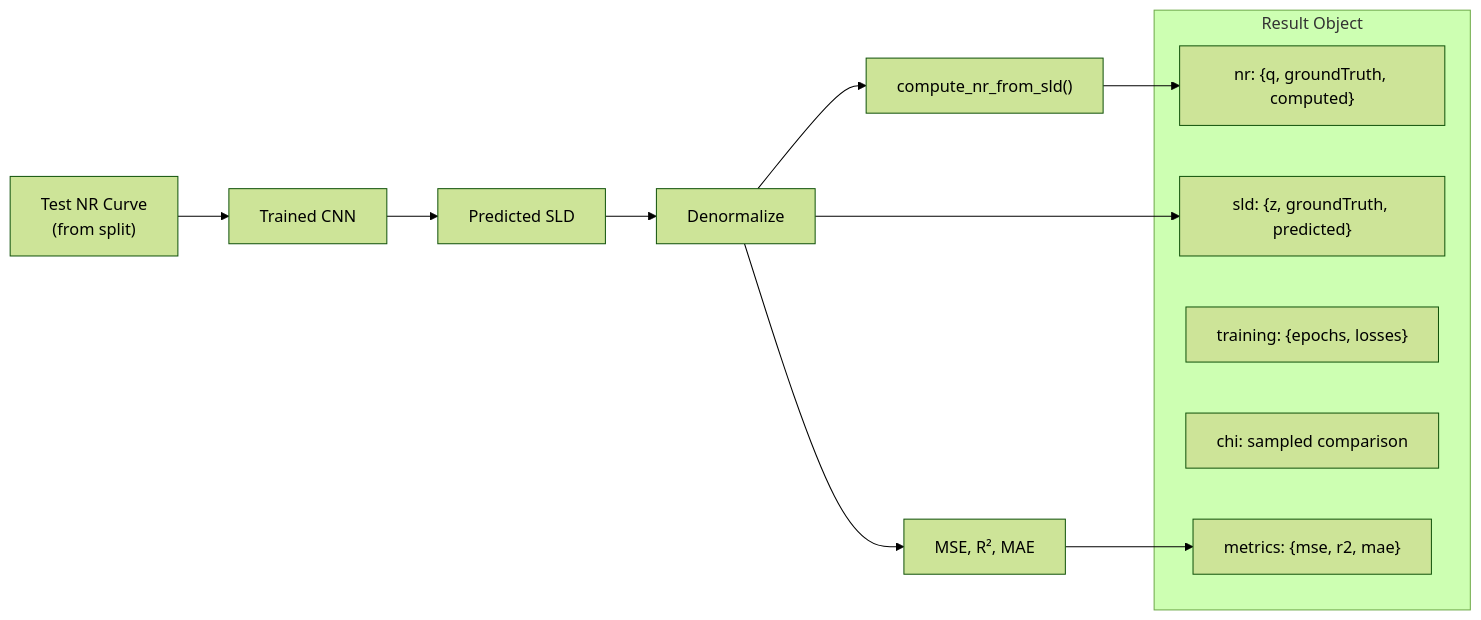
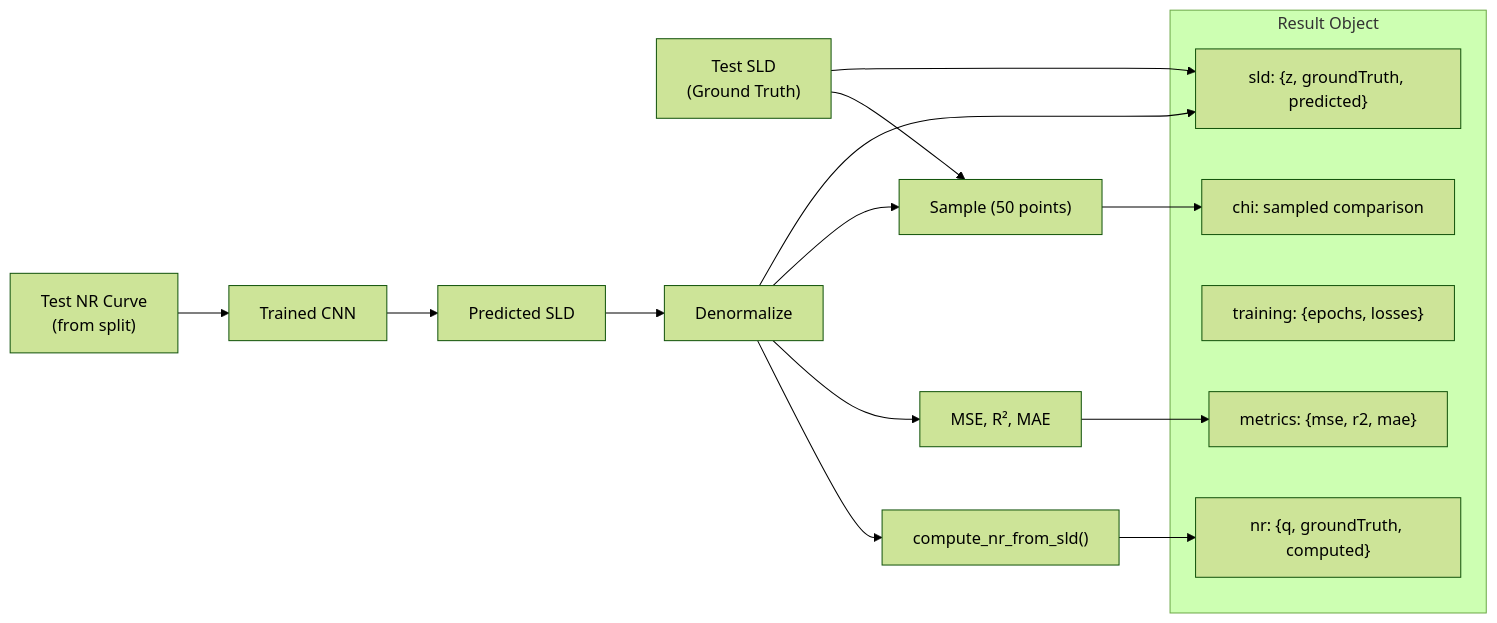
One commit to Northeastern-Research-ORNL-1/pyreflect-interface changed the fifth of 5 diagrams in docs/FLOW.md. Above: the diagram before and after it, drawn with Mermaid (forest theme). The commit also changed other lines of this file and 8 other files, not shown here.

````diff
--- a/docs/FLOW.md
+++ b/docs/FLOW.md
@@ -201,24 +201,31 @@
 ```mermaid
 flowchart LR
     TestNR["Test NR Curve<br/>(from split)"]
+    TestSLD["Test SLD<br/>(Ground Truth)"]
     Model["Trained CNN"]
     PredSLD["Predicted SLD"]
     Denorm["Denormalize"]
     CompNR["compute_nr_from_sld()"]
+    Sample["Sample (50 points)"]
 
     TestNR --> Model --> PredSLD --> Denorm
     Denorm --> CompNR
     Denorm --> Metrics["MSE, R², MAE"]
+
+    Denorm --> Sample
+    TestSLD --> Sample
 
     subgraph Result["Result Object"]
         NRData["nr: {q, groundTruth, computed}"]
         SLDData["sld: {z, groundTruth, predicted}"]
         TrainData["training: {epochs, losses}"]
         Chi["chi: sampled comparison"]
         Met["metrics: {mse, r2, mae}"]
     end
 
     CompNR --> NRData
     Denorm --> SLDData
+    TestSLD --> SLDData
     Metrics --> Met
+    Sample --> Chi
 ```
````
